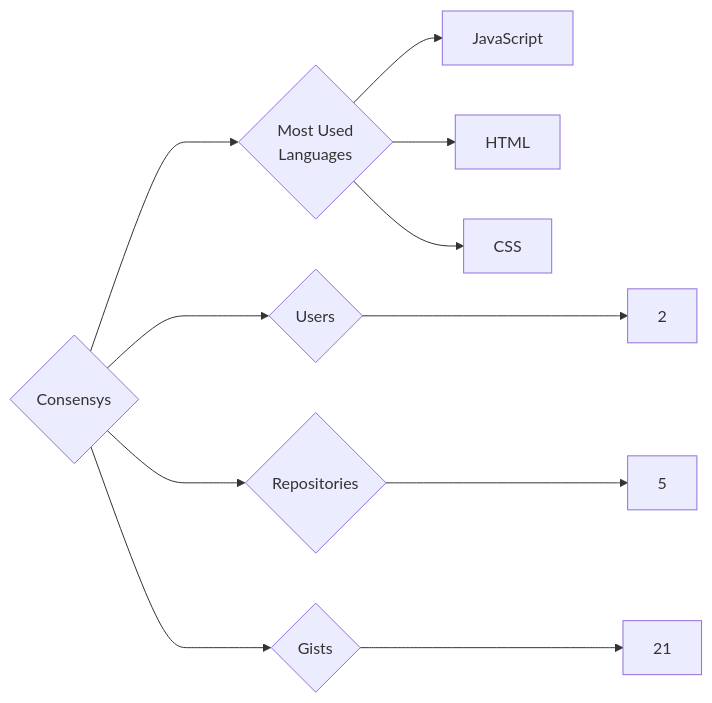
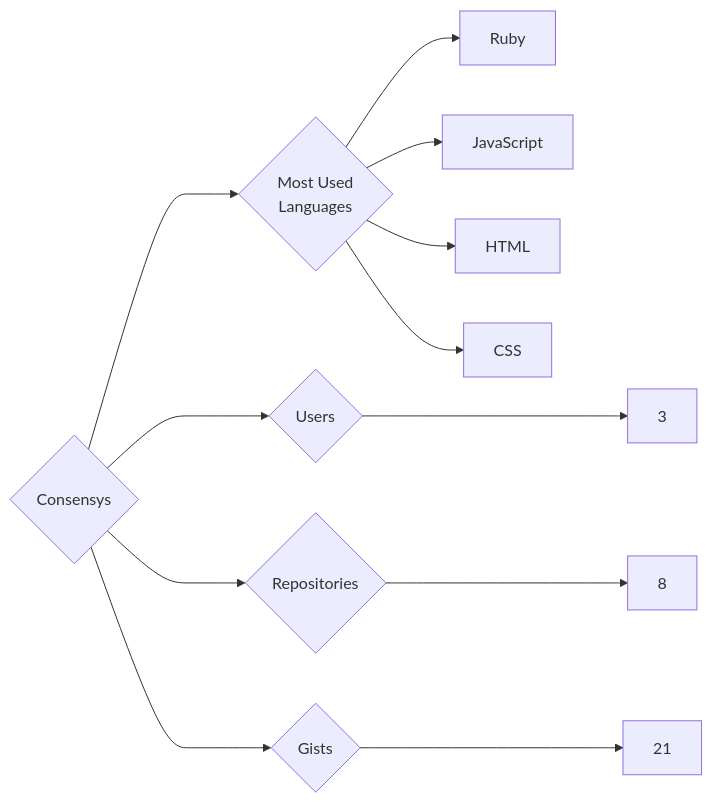
One commit to trickest/insiders changed the diagram in targets/Consensys/README.md. Above: the diagram before and after it, drawn with Mermaid. The commit also changed 1089 other files, not shown here.

````diff
--- a/targets/Consensys/README.md
+++ b/targets/Consensys/README.md
@@ -3,11 +3,12 @@
 ```mermaid
 graph LR
 COMPANY_NAME{Consensys}
-COMPANY_NAME ---> U{Users} ---> UN[2]
-COMPANY_NAME ---> R{Repositories} ---> RN[5]
+COMPANY_NAME ---> U{Users} ---> UN[3]
+COMPANY_NAME ---> R{Repositories} ---> RN[8]
 COMPANY_NAME ---> G{Gists} ---> GN[21]
 COMPANY_NAME ---> ML{Most Used<br>Languages}
+ML --> Ruby[Ruby]
 ML --> JavaScript[JavaScript]
 ML --> HTML[HTML]
 ML --> CSS[CSS]
 ```
````
